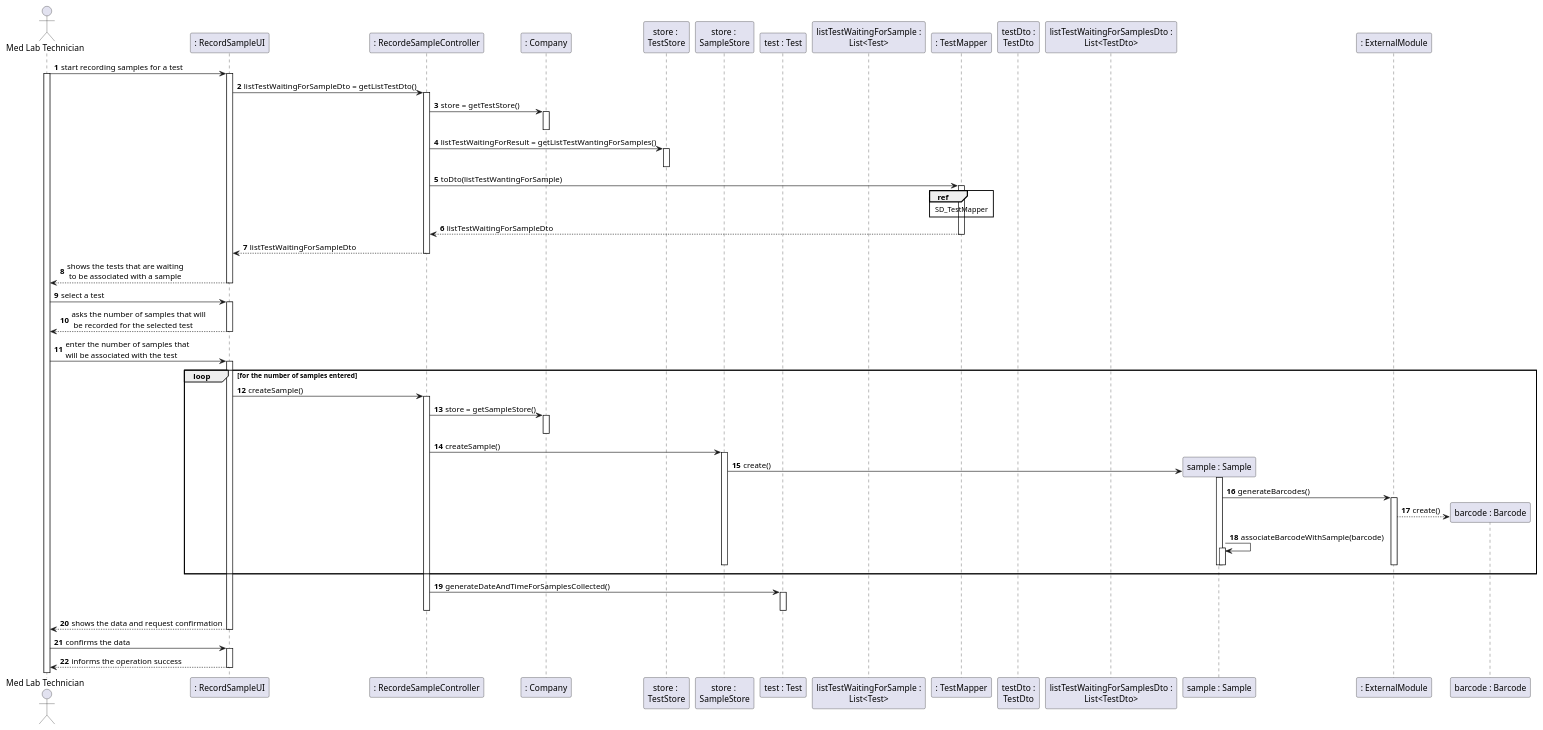
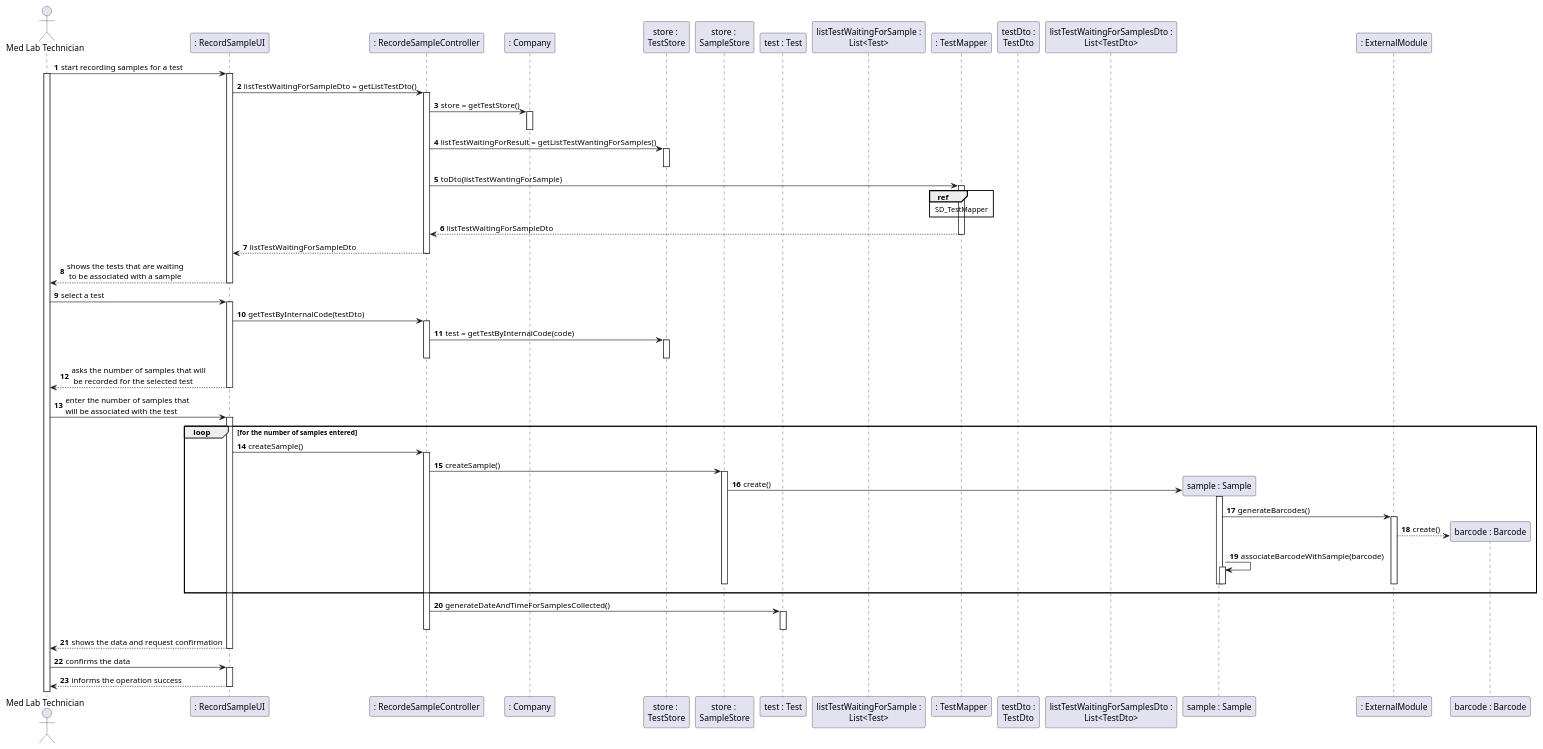
The diagram in docs/SprintC/US05/US05_SD.puml (manu-07-ela/LAPR2_ISEP), drawn with PlantUML before and after one commit. The commit also changed 14 other files, not shown here.

```diff
--- a/docs/SprintC/US05/US05_SD.puml
+++ b/docs/SprintC/US05/US05_SD.puml
@@ -1,90 +1,94 @@
 @startuml
 autonumber
 actor "Med Lab Technician" as MEDLAB
 participant ": RecordSampleUI" as UI
 participant ": RecordeSampleController" as CONTROLLER
 participant ": Company" as COMPANY
 participant "store : \nTestStore" as TESTSTORE
 participant "store : \nSampleStore" as SAMPLESTORE
 participant "test : Test" as TEST
 participant "listTestWaitingForSample :\nList<Test>" as TESTLIST
 participant ": TestMapper" as MAPPER
 participant "testDto :\nTestDto" as TESTDTO
 participant "listTestWaitingForSamplesDto :\nList<TestDto>" as TESTDTOLIST
 
 
 
 
 
 
 
 
 
 MEDLAB -> UI : start recording samples for a test
 activate MEDLAB
 activate UI
 UI -> CONTROLLER : listTestWaitingForSampleDto = getListTestDto()
 activate CONTROLLER
 CONTROLLER -> COMPANY : store = getTestStore()
 activate COMPANY
 deactivate COMPANY
 CONTROLLER -> TESTSTORE : listTestWaitingForResult = getListTestWantingForSamples()
 activate TESTSTORE
 deactivate TESTSTORE
 CONTROLLER -> MAPPER : toDto(listTestWantingForSample)
 activate MAPPER
 ref over MAPPER
 SD_TestMapper
 end ref
 
 MAPPER-->CONTROLLER : listTestWaitingForSampleDto
 deactivate MAPPER
 CONTROLLER --> UI : listTestWaitingForSampleDto
 
 
 
 
 deactivate CONTROLLER
 
 UI --> MEDLAB : shows the tests that are waiting \n to be associated with a sample
 deactivate UI
+
 MEDLAB -> UI : select a test
 activate UI
+UI->CONTROLLER : getTestByInternalCode(testDto)
+activate CONTROLLER
+CONTROLLER->TESTSTORE : test = getTestByInternalCode(code)
+activate TESTSTORE
+deactivate TESTSTORE
+deactivate CONTROLLER
 UI --> MEDLAB : asks the number of samples that will \n be recorded for the selected test
 deactivate UI
 MEDLAB ->UI : enter the number of samples that \nwill be associated with the test
 activate UI
 loop for the number of samples entered
 UI->CONTROLLER : createSample()
 activate CONTROLLER
-CONTROLLER->COMPANY : store = getSampleStore()
-activate COMPANY
-deactivate COMPANY
 CONTROLLER->SAMPLESTORE : createSample()
 activate SAMPLESTORE
 
 SAMPLESTORE->"sample : Sample"** : create()
 activate "sample : Sample"
 "sample : Sample" -> ": ExternalModule" : generateBarcodes()
 
 activate ": ExternalModule"
 ": ExternalModule" --> "barcode : Barcode"** : create()
 "sample : Sample"->"sample : Sample" : associateBarcodeWithSample(barcode)
 activate "sample : Sample"
 deactivate "sample : Sample"
 deactivate SAMPLESTORE
 deactivate "sample : Sample"
 deactivate ": ExternalModule"
 end loop
 CONTROLLER->TEST : generateDateAndTimeForSamplesCollected()
 activate TEST
 deactivate TEST
 deactivate CONTROLLER
 
 UI --> MEDLAB : shows the data and request confirmation
 deactivate UI
 MEDLAB -> UI : confirms the data
 activate UI
 UI --> MEDLAB : informs the operation success
 deactivate UI
 @enduml
```
